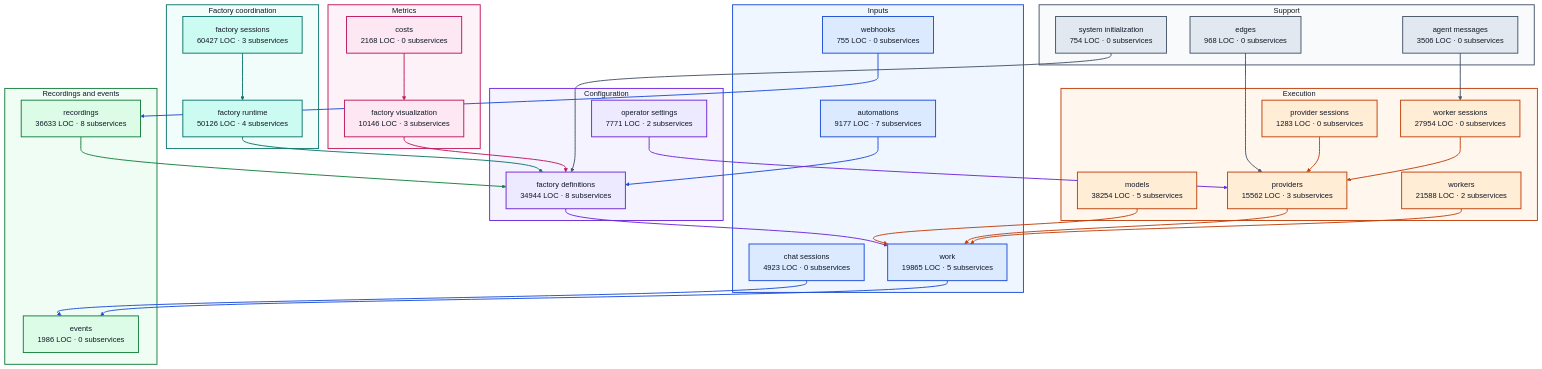
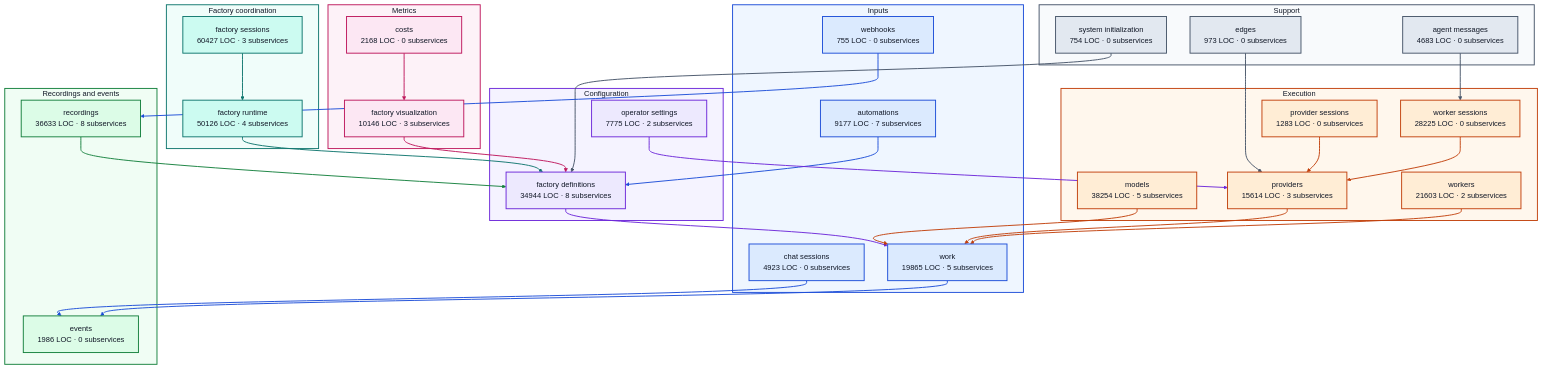
Before and after one commit to portpowered/you-agent-factory: the diagram in docs/architecture/visualizations/high-level-backend.md, drawn with Mermaid (base theme). The commit also changed other lines of this file and 21 other files, not shown here.

Commit message:
docs: refresh backend architecture visualizations

```diff
--- a/docs/architecture/visualizations/high-level-backend.md
+++ b/docs/architecture/visualizations/high-level-backend.md
@@ -10,7 +10,7 @@
   end
   subgraph configuration["Configuration"]
     s_services_factory_definitions["factory definitions<br/>34944 LOC · 8 subservices"]
-    s_services_operator_settings["operator settings<br/>7771 LOC · 2 subservices"]
+    s_services_operator_settings["operator settings<br/>7775 LOC · 2 subservices"]
   end
   subgraph coordination["Factory coordination"]
     s_services_factory_runtime["factory runtime<br/>50126 LOC · 4 subservices"]
@@ -19,9 +19,9 @@
   subgraph execution["Execution"]
     s_services_models["models<br/>38254 LOC · 5 subservices"]
     s_services_provider_sessions["provider sessions<br/>1283 LOC · 0 subservices"]
-    s_services_providers["providers<br/>15562 LOC · 3 subservices"]
-    s_services_worker_sessions["worker sessions<br/>27954 LOC · 0 subservices"]
-    s_services_workers["workers<br/>21588 LOC · 2 subservices"]
+    s_services_providers["providers<br/>15614 LOC · 3 subservices"]
+    s_services_worker_sessions["worker sessions<br/>28225 LOC · 0 subservices"]
+    s_services_workers["workers<br/>21603 LOC · 2 subservices"]
   end
   subgraph recordings["Recordings and events"]
     s_services_events["events<br/>1986 LOC · 0 subservices"]
@@ -32,8 +32,8 @@
     s_services_factory_visualization["factory visualization<br/>10146 LOC · 3 subservices"]
   end
   subgraph support["Support"]
-    s_services_agent_messages["agent messages<br/>3506 LOC · 0 subservices"]
-    s_services_edges["edges<br/>968 LOC · 0 subservices"]
+    s_services_agent_messages["agent messages<br/>4683 LOC · 0 subservices"]
+    s_services_edges["edges<br/>973 LOC · 0 subservices"]
     s_services_system_initialization["system initialization<br/>754 LOC · 0 subservices"]
   end
   s_services_agent_messages --> s_services_worker_sessions
```
